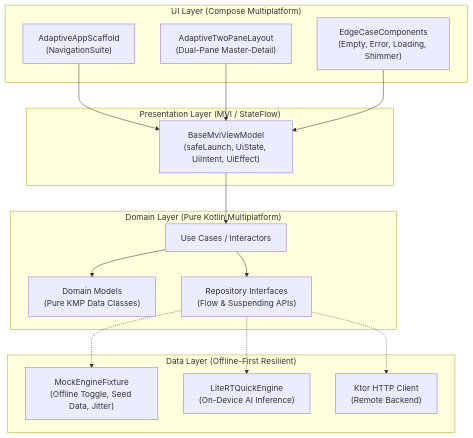
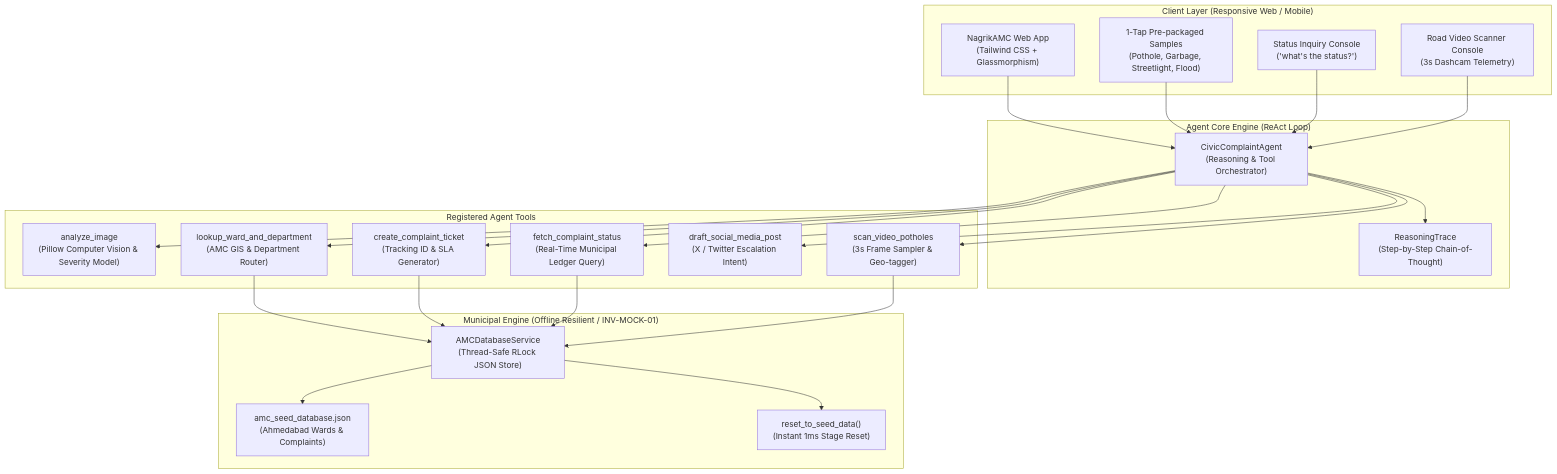
One commit to DearDhruv/hck2skill-hackthon-24-oct-26 changed the diagram in README.md. Above: the diagram before and after it, drawn with Mermaid. The commit also changed other lines of this file and 28 other files, not shown here.

Commit message:
feat(track01): deliver NagrikAMC autonomous civic complaint agent with multi-tool ReAct pipeline, offline mock AMC database, and video road hazard scanner

````diff
--- a/README.md
+++ b/README.md
@@ -27,34 +56,49 @@
 ```mermaid
 flowchart TD
-    subgraph UI ["UI Layer (Compose Multiplatform)"]
-        Scaffold["AdaptiveAppScaffold<br/>(NavigationSuite)"]
-        TwoPane["AdaptiveTwoPaneLayout<br/>(Dual-Pane Master-Detail)"]
-        EdgeCards["EdgeCaseComponents<br/>(Empty, Error, Loading, Shimmer)"]
+    subgraph UI ["Client Layer (Responsive Web / Mobile)"]
+        WebUI["NagrikAMC Web App<br/>(Tailwind CSS + Glassmorphism)"]
+        Samples["1-Tap Pre-packaged Samples<br/>(Pothole, Garbage, Streetlight, Flood)"]
+        QueryConsole["Status Inquiry Console<br/>('what's the status?')"]
+        VideoUI["Road Video Scanner Console<br/>(3s Dashcam Telemetry)"]
     end
 
-    subgraph Presentation ["Presentation Layer (MVI / StateFlow)"]
-        VM["BaseMviViewModel<br/>(safeLaunch, UiState, UiIntent, UiEffect)"]
+    subgraph Agent ["Agent Core Engine (ReAct Loop)"]
+        AgentCore["CivicComplaintAgent<br/>(Reasoning & Tool Orchestrator)"]
+        Trace["ReasoningTrace<br/>(Step-by-Step Chain-of-Thought)"]
     end
 
-    subgraph Domain ["Domain Layer (Pure Kotlin Multiplatform)"]
-        Entities["Domain Models<br/>(Pure KMP Data Classes)"]
-        UseCases["Use Cases / Interactors"]
-        RepoInterfaces["Repository Interfaces<br/>(Flow & Suspending APIs)"]
+    subgraph Tools ["Registered Agent Tools"]
+        T1["analyze_image<br/>(Pillow Computer Vision & Severity Model)"]
+        T2["lookup_ward_and_department<br/>(AMC GIS & Department Router)"]
+        T3["create_complaint_ticket<br/>(Tracking ID & SLA Generator)"]
+        T4["fetch_complaint_status<br/>(Real-Time Municipal Ledger Query)"]
+        T5["draft_social_media_post<br/>(X / Twitter Escalation Intent)"]
+        T6["scan_video_potholes<br/>(3s Frame Sampler & Geo-tagger)"]
     end
 
-    subgraph Data ["Data Layer (Offline-First Resilient)"]
-        MockEngine["MockEngineFixture<br/>(Offline Toggle, Seed Data, Jitter)"]
-        LiteRTEngine["LiteRTQuickEngine<br/>(On-Device AI Inference)"]
-        KtorClient["Ktor HTTP Client<br/>(Remote Backend)"]
+    subgraph DataEngine ["Municipal Engine (Offline Resilient / INV-MOCK-01)"]
+        DB["AMCDatabaseService<br/>(Thread-Safe RLock JSON Store)"]
+        Seed["amc_seed_database.json<br/>(Ahmedabad Wards & Complaints)"]
+        Reset["reset_to_seed_data()<br/>(Instant 1ms Stage Reset)"]
     end
 
-    Scaffold --> VM
-    TwoPane --> VM
-    EdgeCards --> VM
-    VM --> UseCases
-    UseCases --> Entities
-    UseCases --> RepoInterfaces
-    RepoInterfaces -.-> MockEngine
-    RepoInterfaces -.-> LiteRTEngine
-    RepoInterfaces -.-> KtorClient
+    WebUI --> AgentCore
+    Samples --> AgentCore
+    QueryConsole --> AgentCore
+    VideoUI --> AgentCore
+
+    AgentCore --> Trace
+    AgentCore --> T1
+    AgentCore --> T2
+    AgentCore --> T3
+    AgentCore --> T4
+    AgentCore --> T5
+    AgentCore --> T6
+
+    T2 --> DB
+    T3 --> DB
+    T4 --> DB
+    T6 --> DB
+    DB --> Seed
+    DB --> Reset
 ```
````
